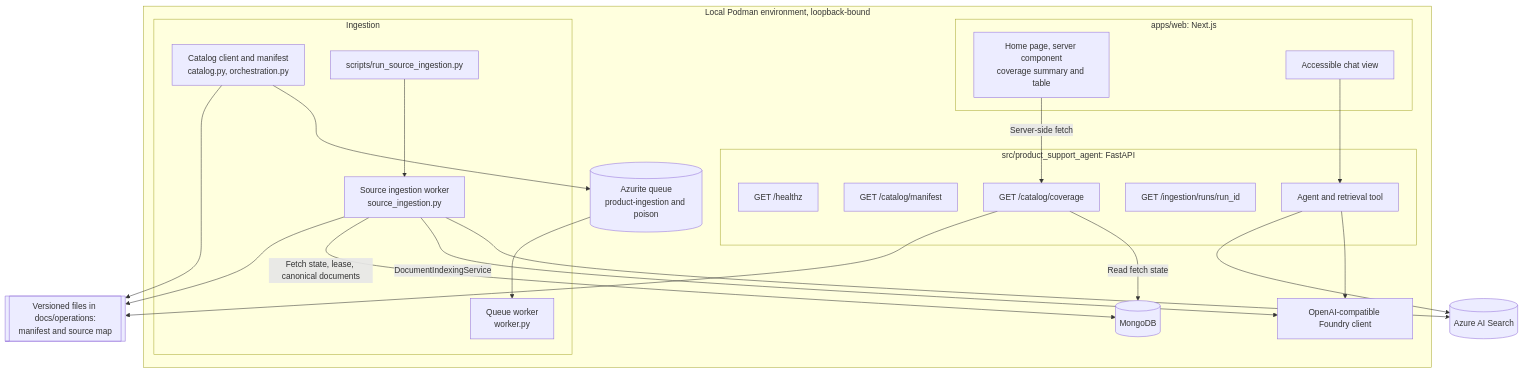
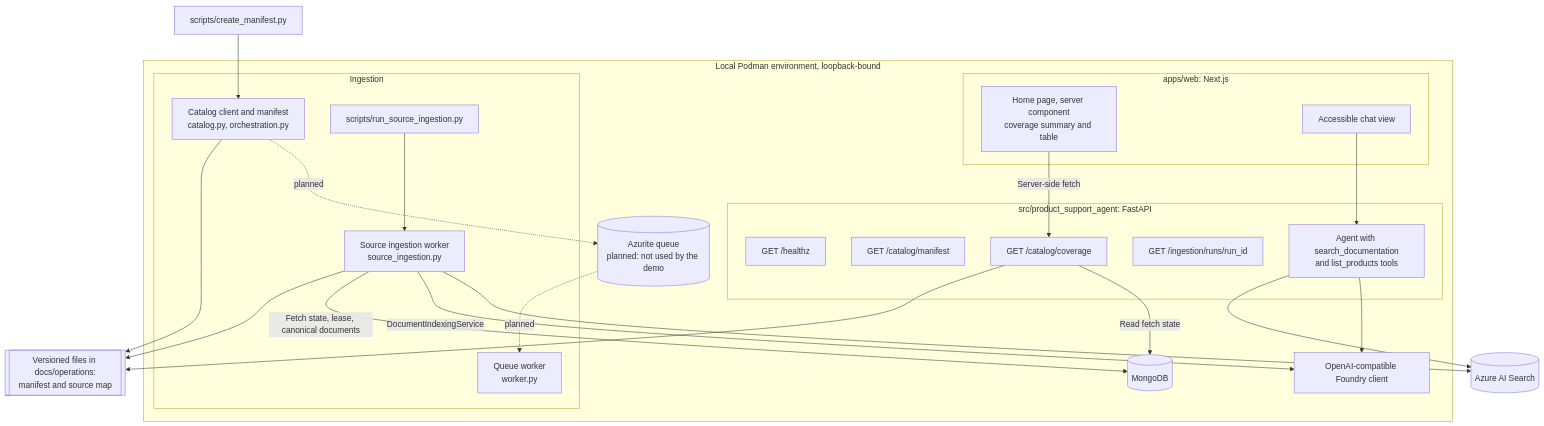
The second of 9 diagrams in docs/architecture/architecture-overview.md (ubk1004/product-support-agent), drawn with Mermaid before and after one commit. The commit also changed other lines of this file and 38 other files, not shown here.

First line of the commit message:
Add demo recording functionality and product catalog for support agent

````diff
--- a/docs/architecture/architecture-overview.md
+++ b/docs/architecture/architecture-overview.md
@@ -71,46 +73,47 @@
 ```mermaid
 flowchart TB
     subgraph Local["Local Podman environment, loopback-bound"]
         subgraph Web["apps/web: Next.js"]
             Page["Home page, server component<br/>coverage summary and table"]
             ChatUI["Accessible chat view"]
         end
 
         subgraph Backend["src/product_support_agent: FastAPI"]
             Health["GET /healthz"]
             ManifestAPI["GET /catalog/manifest"]
             CoverageAPI["GET /catalog/coverage"]
             RunsAPI["GET /ingestion/runs/run_id"]
-            Agent["Agent and retrieval tool"]
+            Agent["Agent with search_documentation<br/>and list_products tools"]
         end
 
         subgraph Jobs["Ingestion"]
             CatalogSvc["Catalog client and manifest<br/>catalog.py, orchestration.py"]
             Phase2Worker["Queue worker<br/>worker.py"]
             SourceWorker["Source ingestion worker<br/>source_ingestion.py"]
             Runner["scripts/run_source_ingestion.py"]
         end
 
-        Azurite[(Azurite queue<br/>product-ingestion and poison)]
+        Azurite[("Azurite queue<br/>planned: not used by the demo")]
         Mongo[(MongoDB)]
         FoundryClient["OpenAI-compatible Foundry client"]
     end
 
     Files[["Versioned files in docs/operations:<br/>manifest and source map"]]
     Search[(Azure AI Search)]
 
     Page -->|Server-side fetch| CoverageAPI
     ChatUI --> Agent
     CoverageAPI --> Files
     CoverageAPI -->|Read fetch state| Mongo
     CatalogSvc --> Files
-    CatalogSvc --> Azurite
-    Azurite --> Phase2Worker
+    CatalogSvc -.->|planned| Azurite
+    Azurite -.->|planned| Phase2Worker
+    Manifest["scripts/create_manifest.py"] --> CatalogSvc
     Runner --> SourceWorker
     SourceWorker --> Files
     SourceWorker -->|Fetch state, lease, canonical documents| Mongo
     SourceWorker -->|DocumentIndexingService| FoundryClient
     SourceWorker --> Search
     Agent --> Search
     Agent --> FoundryClient
 ```
````
